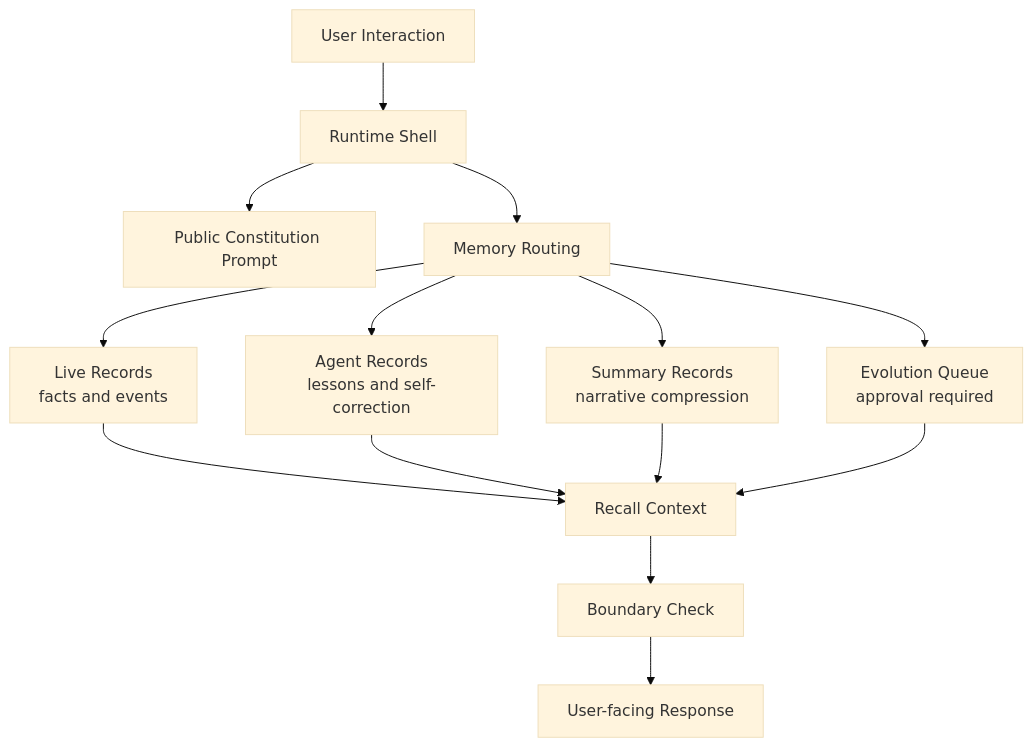
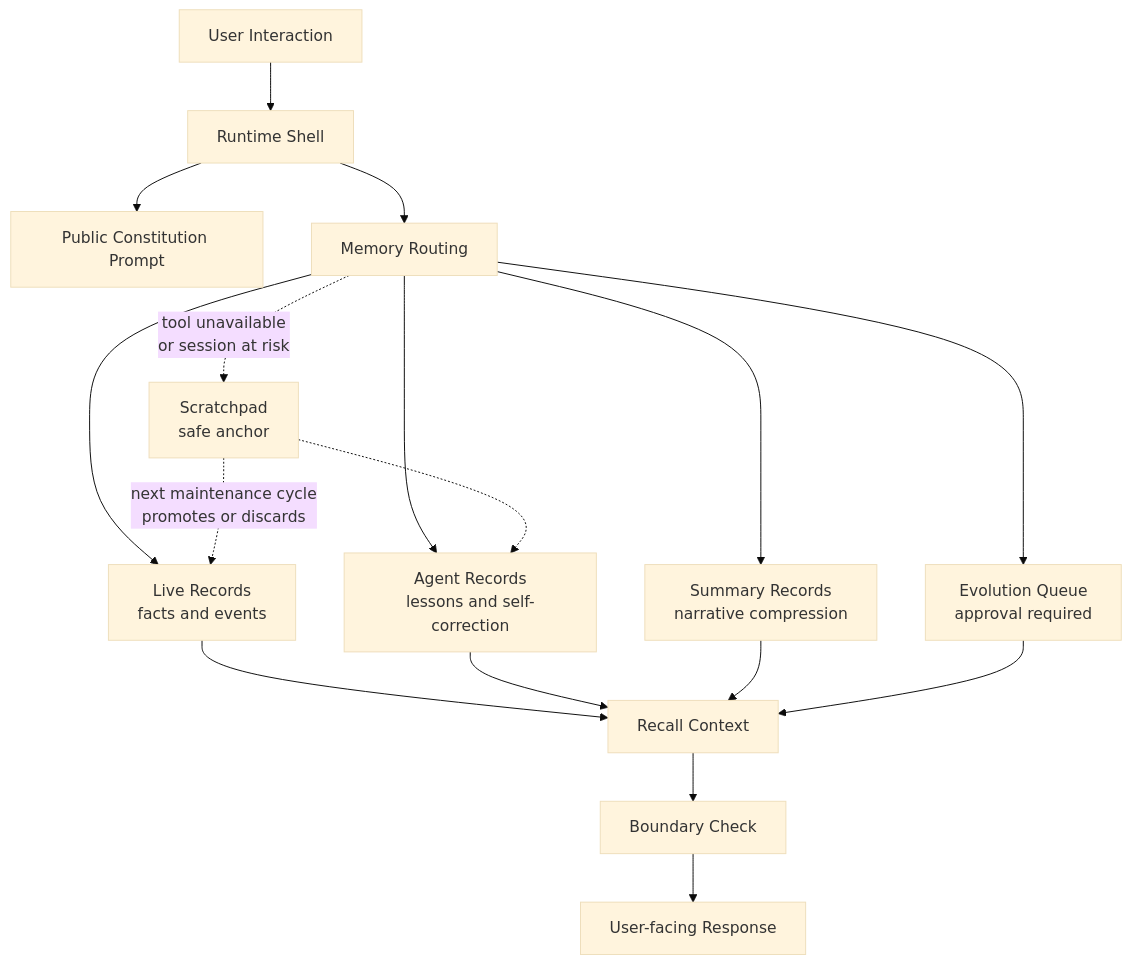
Before and after one commit to GSL-R/arona-soul-agent-memory: the diagram in README.ko.md, drawn with Mermaid (base theme). The commit also changed other lines of this file and 8 other files, not shown here.

````diff
--- a/README.ko.md
+++ b/README.ko.md
@@ -39,19 +39,22 @@
 ```mermaid
 flowchart TD
     U[User Interaction] --> R[Runtime Shell]
     R --> P[Public Constitution Prompt]
     R --> M[Memory Routing]
 
     M --> L[Live Records<br/>facts and events]
     M --> A[Agent Records<br/>lessons and self-correction]
     M --> S[Summary Records<br/>narrative compression]
     M --> E[Evolution Queue<br/>approval required]
+    M -.->|tool unavailable<br/>or session at risk| SC[Scratchpad<br/>safe anchor]
 
     L --> C[Recall Context]
     A --> C
     S --> C
     E --> C
+    SC -.->|next maintenance cycle<br/>promotes or discards| L
+    SC -.-> A
 
     C --> B[Boundary Check]
     B --> O[User-facing Response]
 ```
````
